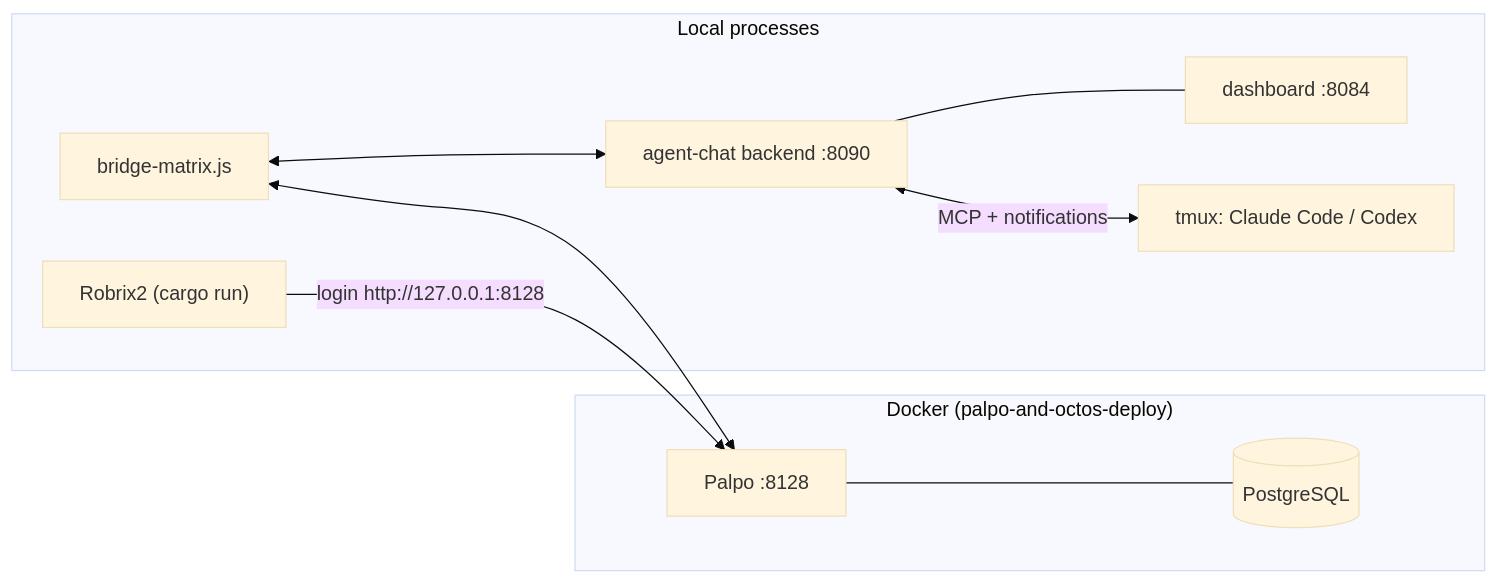
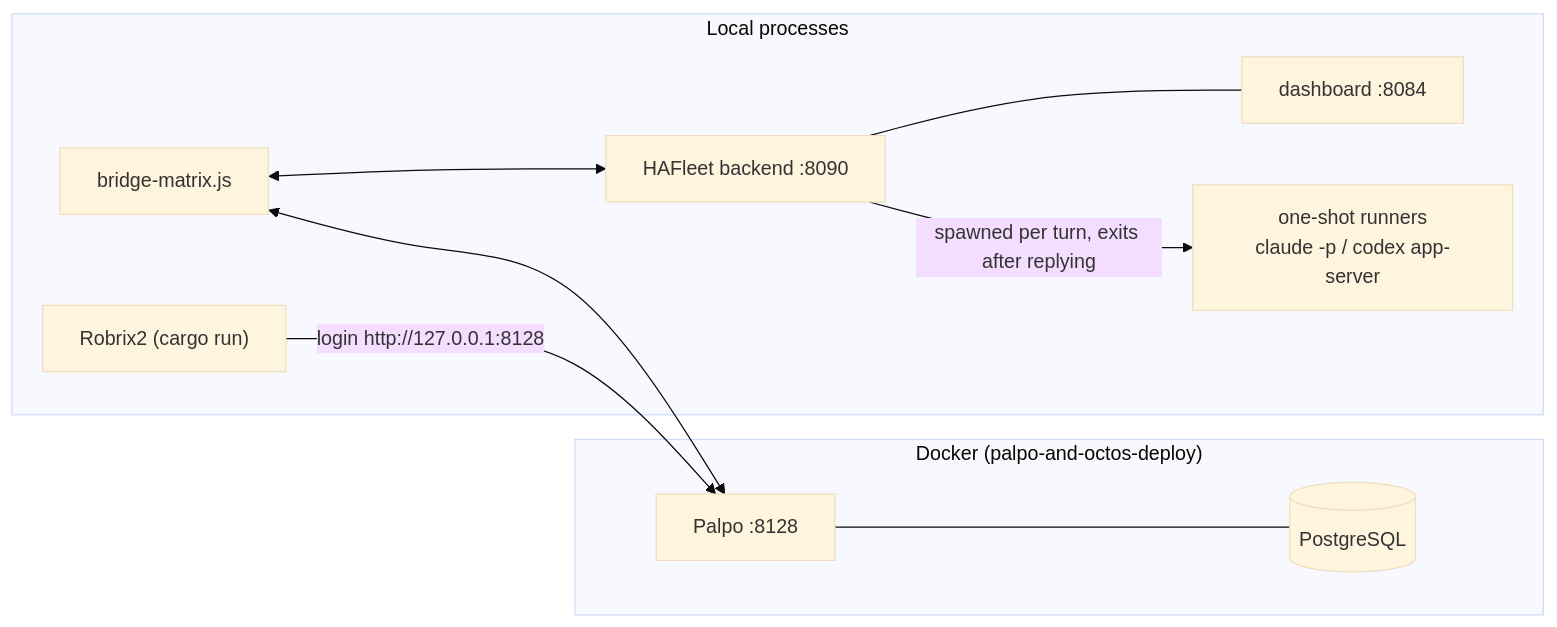
One commit to Project-Robius-China/robrix2 changed the diagram in book/en/src/part2/deploy-local.md. Above: the diagram before and after it, drawn with Mermaid (base theme). The commit also changed other lines of this file and 7 other files, not shown here.

````diff
--- a/book/en/src/part2/deploy-local.md
+++ b/book/en/src/part2/deploy-local.md
@@ -7,20 +7,20 @@
 ```mermaid
 flowchart LR
     subgraph docker["Docker (palpo-and-octos-deploy)"]
         PG[("PostgreSQL")]
         PALPO["Palpo :8128"]
         PALPO --- PG
     end
     subgraph local["Local processes"]
         ROBRIX["Robrix2 (cargo run)"]
-        BE["agent-chat backend :8090"]
+        BE["HAFleet backend :8090"]
         DASH["dashboard :8084"]
         BRIDGE["bridge-matrix.js"]
-        TMUX["tmux: Claude Code / Codex"]
+        RUNNER["one-shot runners<br/>claude -p / codex app-server"]
     end
     ROBRIX -->|login http://127.0.0.1:8128| PALPO
     BRIDGE <--> PALPO
     BRIDGE <--> BE
     BE --- DASH
-    BE <-->|MCP + notifications| TMUX
+    BE -->|spawned per turn, exits after replying| RUNNER
 ```
````
